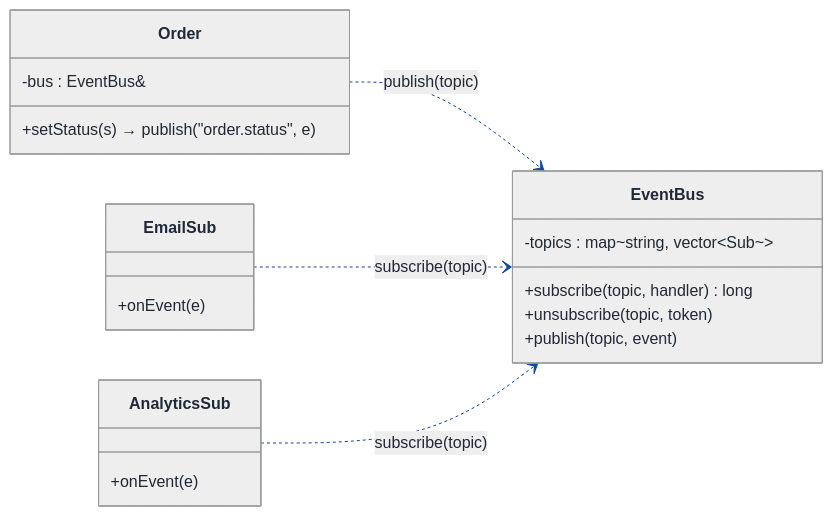
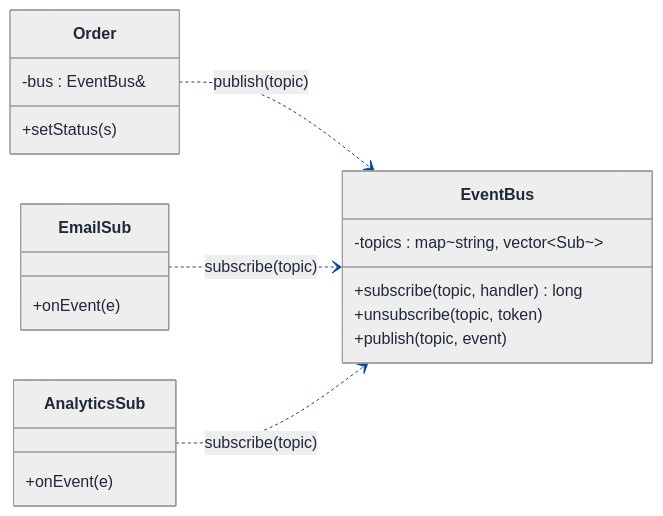
The third of 8 diagrams in LLD/Topics/Observer_Pattern/Observer_Vs_PubSub.md (Prateek-5/question-bank), drawn with Mermaid before and after one commit. The commit also changed other lines of this file and 61 other files, not shown here.

First line of the commit message:
Fix invalid mermaid classDiagram member syntax across LLD walkthroughs

````diff
--- a/LLD/Topics/Observer_Pattern/Observer_Vs_PubSub.md
+++ b/LLD/Topics/Observer_Pattern/Observer_Vs_PubSub.md
@@ -477,55 +477,55 @@
 ```mermaid
 ---
 config:
   theme: neutral
   themeVariables:
     background: '#ffffff'
     primaryColor: '#cfe2ff'
     primaryTextColor: '#1f2937'
     primaryBorderColor: '#084298'
     secondaryColor: '#fff3cd'
     secondaryTextColor: '#1f2937'
     secondaryBorderColor: '#664d03'
     tertiaryColor: '#d1e7dd'
     tertiaryTextColor: '#1f2937'
     tertiaryBorderColor: '#0a3622'
     lineColor: '#0d47a1'
     textColor: '#1f2937'
     noteBkgColor: '#fff3cd'
     noteTextColor: '#1f2937'
     noteBorderColor: '#997404'
     actorBkg: '#cfe2ff'
     actorBorder: '#084298'
     actorTextColor: '#1f2937'
     signalColor: '#0d47a1'
     signalTextColor: '#1f2937'
     labelBoxBkgColor: '#ffffff'
     labelBoxBorderColor: '#d3d3d3'
     labelTextColor: '#1f2937'
     edgeLabelBackground: '#ffffff'
     labelBackground: '#ffffff'
     classText: '#1f2937'
     fontFamily: 'system-ui, -apple-system, Segoe UI, Helvetica, Arial, sans-serif'
 ---
 classDiagram
   direction LR
   class Order {
     -bus : EventBus&
-    +setStatus(s) → publish("order.status", e)
+    +setStatus(s)
   }
   class EventBus {
     -topics : map~string, vector~Sub~~
     +subscribe(topic, handler) long
     +unsubscribe(topic, token)
     +publish(topic, event)
   }
   class EmailSub {
     +onEvent(e)
   }
   class AnalyticsSub {
     +onEvent(e)
   }
   Order ..> EventBus : publish(topic)
   EmailSub ..> EventBus : subscribe(topic)
   AnalyticsSub ..> EventBus : subscribe(topic)
 ```
````
